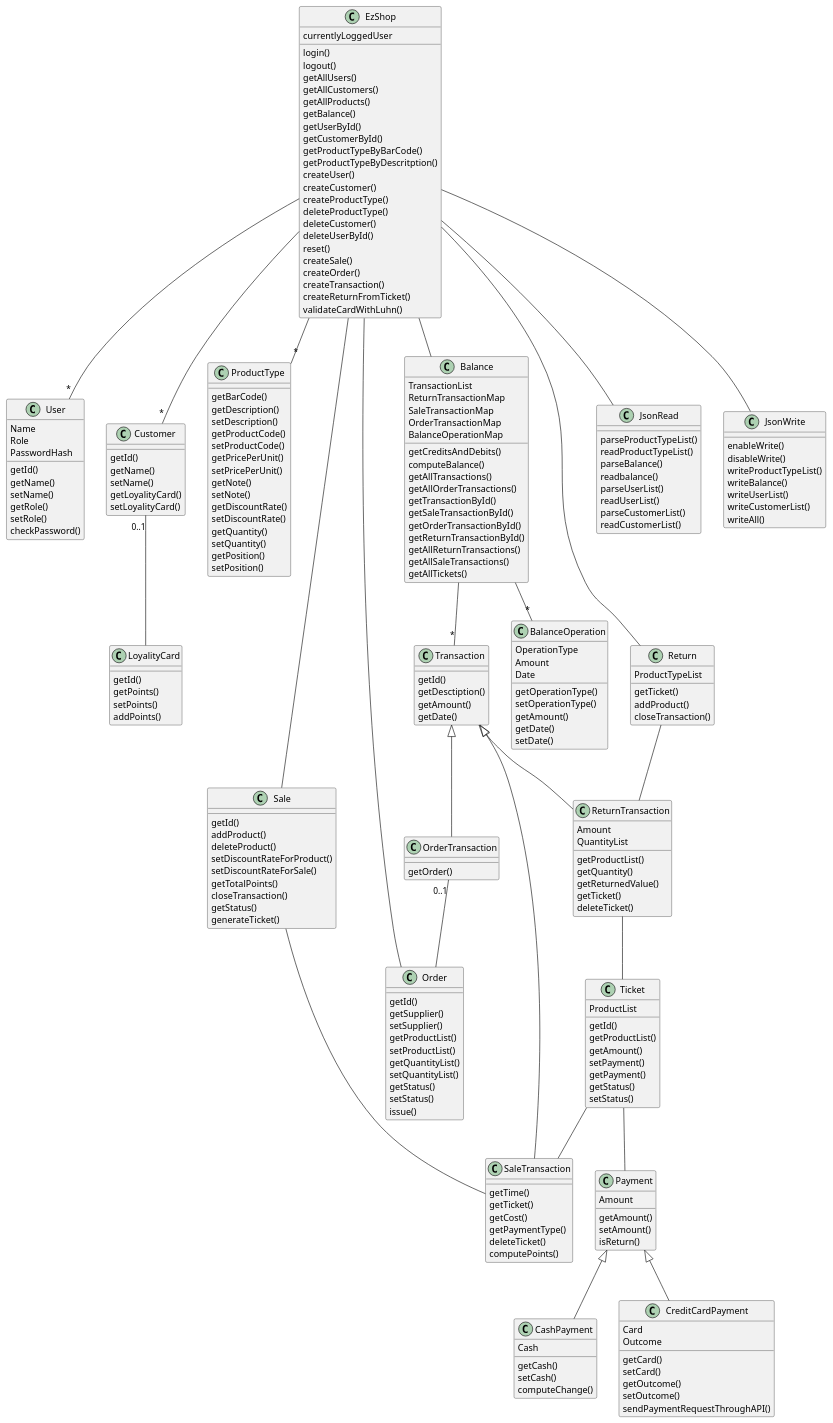
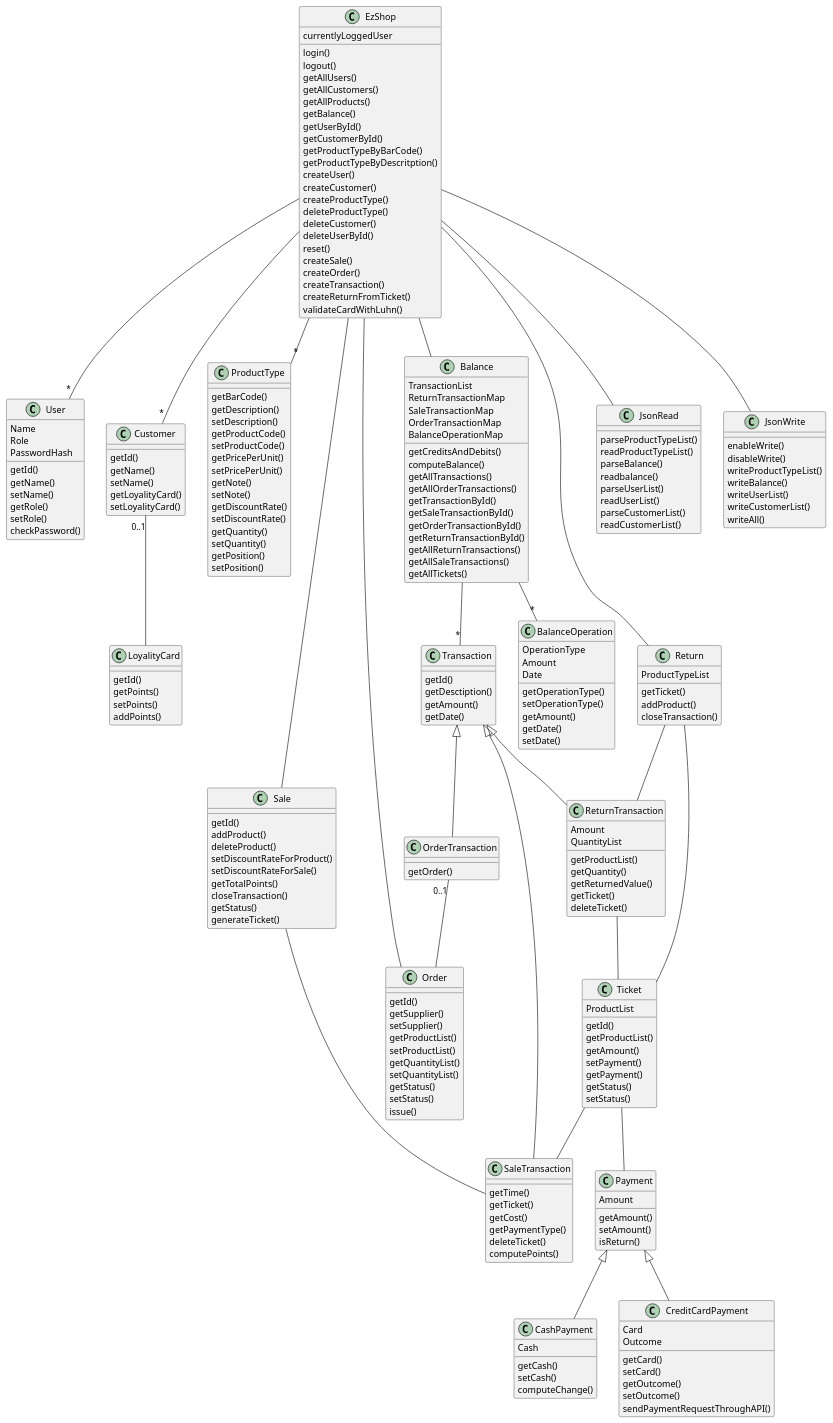
One commit to paolotron/EzshoProject31 changed the second of 4 diagrams in Deliverables/DesignDocument.md. Above: the diagram before and after it, drawn with PlantUML.

````diff
--- a/Deliverables/DesignDocument.md
+++ b/Deliverables/DesignDocument.md
@@ -282,7 +282,7 @@
 Sale -- SaleTransaction
 EzShop -- JsonRead
 EzShop -- JsonWrite
-
+Return -- Ticket
 
 
 ```
````
